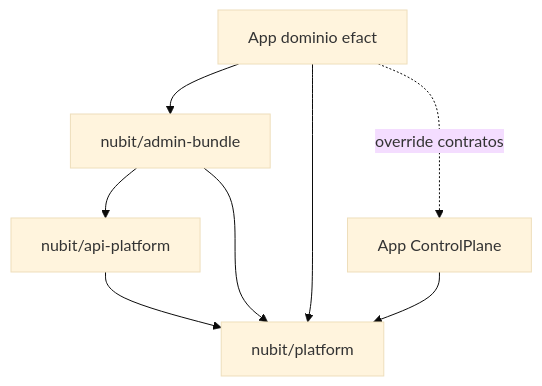
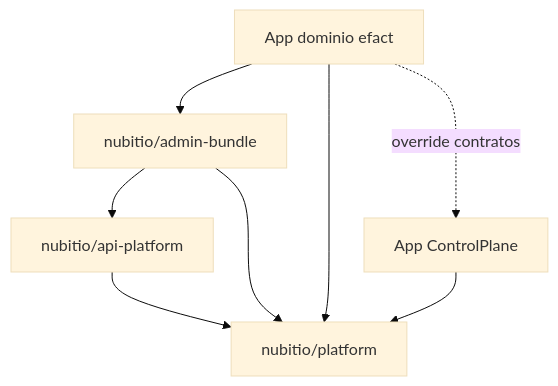
The diagram in docs/architecture/platform-boundary-map.md (nubitio/nubit-erp), drawn with Mermaid (base theme) before and after one commit. The commit also changed other lines of this file and 10 other files, not shown here.

````diff
--- a/docs/architecture/platform-boundary-map.md
+++ b/docs/architecture/platform-boundary-map.md
@@ -62,14 +64,14 @@
 ```mermaid
 flowchart TB
-  PLAT["nubit/platform"]
-  API["nubit/api-platform"]
-  BUNDLE["nubit/admin-bundle"]
+  PLAT["nubitio/platform"]
+  API["nubitio/api-platform"]
+  BUNDLE["nubitio/admin-bundle"]
   APP["App dominio efact"]
   CP["App ControlPlane"]
 
   API --> PLAT
   BUNDLE --> API & PLAT
   APP --> BUNDLE & PLAT
   CP --> PLAT
   APP -.->|override contratos| CP
 ```
````
